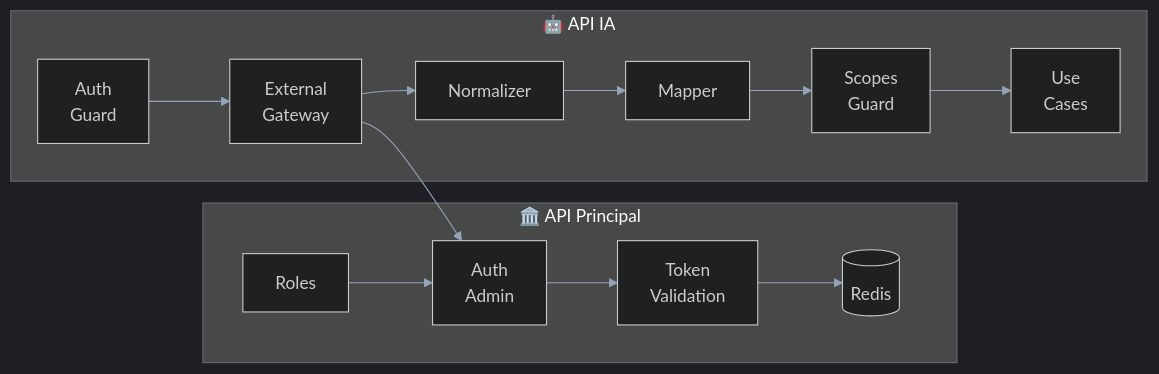
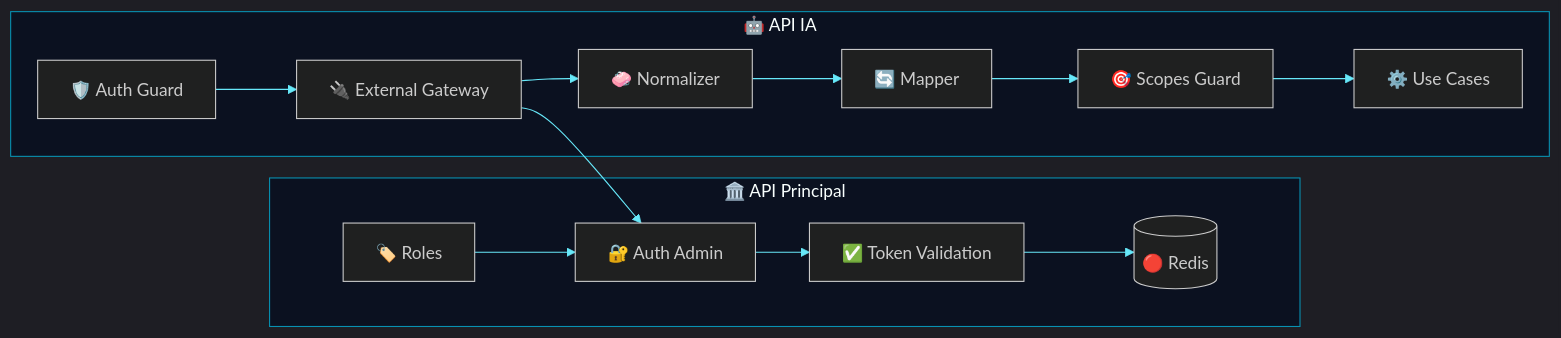
The seventh of 9 diagrams in RFC-0001-Auth.md (matheusdiamantino-betalent/IA), drawn with Mermaid before and after one commit. The commit also changed other lines of this file, not shown here.

````diff
--- a/RFC-0001-Auth.md
+++ b/RFC-0001-Auth.md
@@ -524,38 +573,42 @@
 ```mermaid
 %%{init: {'theme':'dark','themeVariables': {
-  'primaryColor':'#111827',
-  'primaryTextColor':'#e5e7eb',
+  'background':'#020617',
+  'primaryColor':'#0f172a',
+  'primaryTextColor':'#e2e8f0',
   'primaryBorderColor':'#06b6d4',
-  'lineColor':'#94a3b8',
-  'secondaryColor':'#0f172a',
-  'tertiaryColor':'#1f2937',
-  'fontFamily':'Inter, Segoe UI, Arial'
+  'lineColor':'#67e8f9',
+  'secondaryColor':'#111827',
+  'tertiaryColor':'#1e293b',
+  'clusterBkg':'#0b1120',
+  'clusterBorder':'#0891b2',
+  'fontFamily':'Inter, Segoe UI, Arial',
+  'fontSize':'16px'
 }}}%%
 flowchart LR
     subgraph MAIN["🏛️ API Principal"]
-        A1["Auth\nAdmin"]
-        A2["Roles"]
-        A3["Token\nValidation"]
-        A4[("Redis")]
+        A1["🔐 Auth Admin"]
+        A2["🏷️ Roles"]
+        A3["✅ Token Validation"]
+        A4[("🔴 Redis")]
     end
 
     subgraph AI["🤖 API IA"]
-        B1["Auth\nGuard"]
-        B2["External\nGateway"]
-        B3["Normalizer"]
-        B4["Mapper"]
-        B5["Scopes\nGuard"]
-        B6["Use\nCases"]
+        B1["🛡️ Auth Guard"]
+        B2["🔌 External Gateway"]
+        B3["🧼 Normalizer"]
+        B4["🔄 Mapper"]
+        B5["🎯 Scopes Guard"]
+        B6["⚙️ Use Cases"]
     end
 
     A1 --> A3
     A3 --> A4
     A2 --> A1
 
     B1 --> B2
     B2 --> A1
     B2 --> B3
     B3 --> B4
     B4 --> B5
     B5 --> B6
 ```
````
